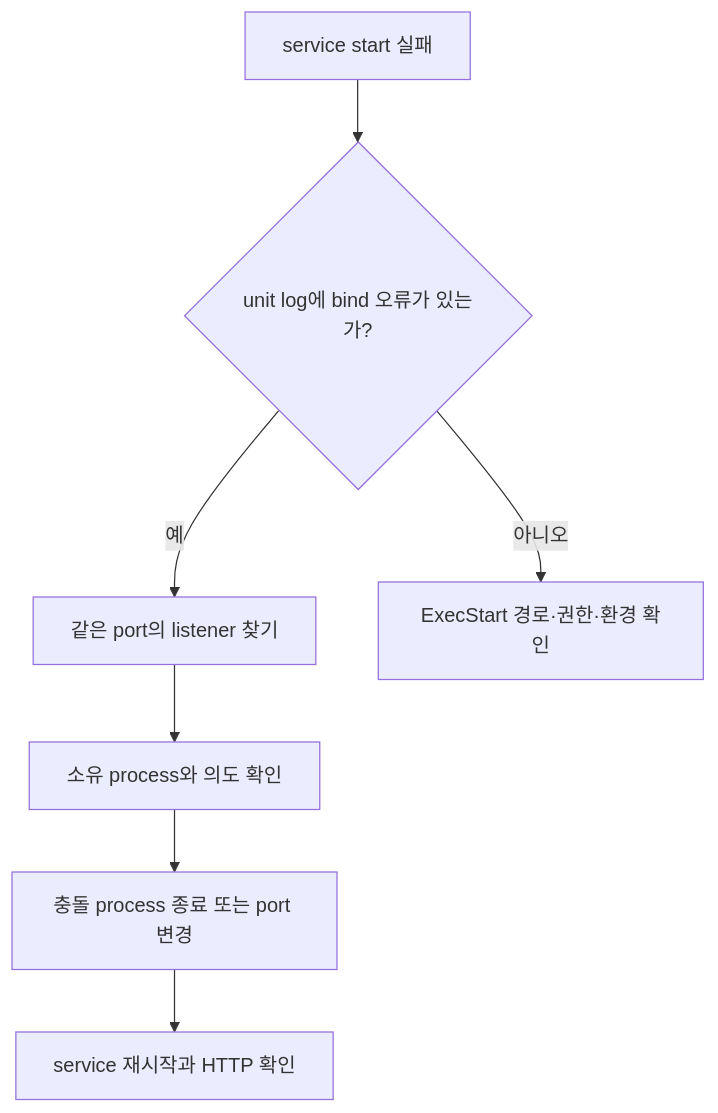
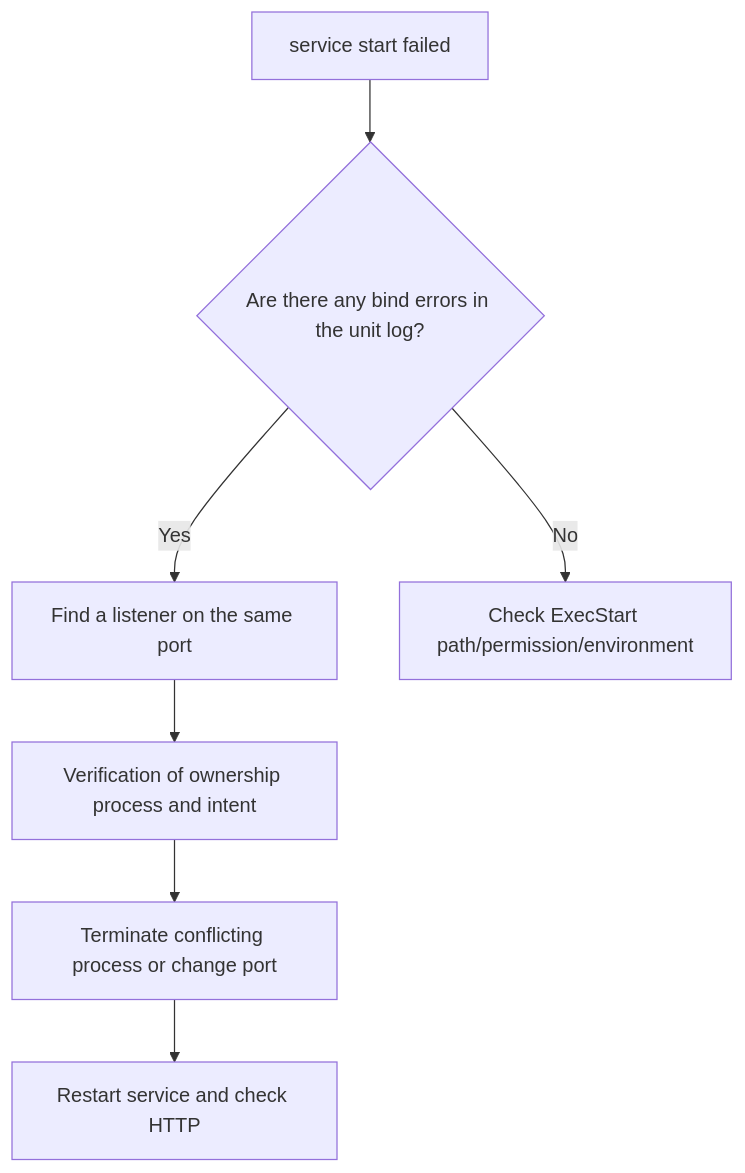
The diagram in docs-site/content/linux/02-service-failure-lab.md (nohdol97/nohdol-study), drawn with Mermaid before and after one commit. The commit also changed other lines of this file and 116 other files, not shown here.

````diff
--- a/docs-site/content/linux/02-service-failure-lab.md
+++ b/docs-site/content/linux/02-service-failure-lab.md
@@ -84,9 +84,9 @@
 ```mermaid
 flowchart TD
-    A[service start 실패] --> B{unit log에 bind 오류가 있는가?}
-    B -->|예| C[같은 port의 listener 찾기]
-    B -->|아니오| D[ExecStart 경로·권한·환경 확인]
-    C --> E[소유 process와 의도 확인]
-    E --> F[충돌 process 종료 또는 port 변경]
-    F --> G[service 재시작과 HTTP 확인]
+    A[service start failed] --> B{Are there any bind errors in the unit log?}
+    B -->|Yes| C[Find a listener on the same port]
+    B -->|No| D[Check ExecStart path/permission/environment]
+    C --> E[Verification of ownership process and intent]
+    E --> F[Terminate conflicting process or change port]
+    F --> G[Restart service and check HTTP]
 ```
````
